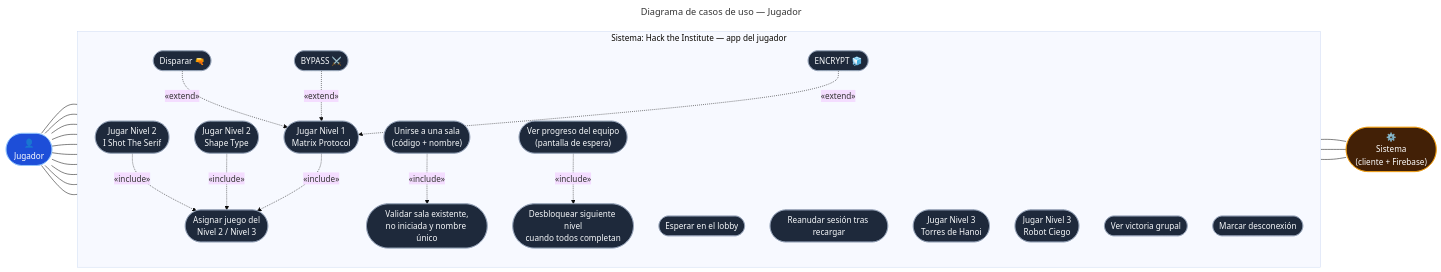
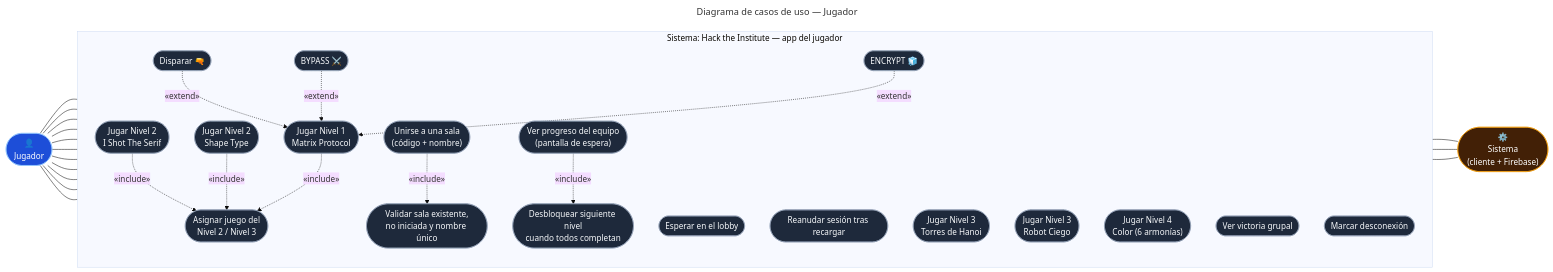
The diagram in docs/diagramas/fuentes/04a-casos-de-uso-jugador.mmd (morphine75/escape_room), drawn with Mermaid (base theme) before and after one commit. The commit also changed 22 other files, not shown here.

First line of the commit message:
Add Level 4 'Color' (graphic design colour matching)

```diff
--- a/docs/diagramas/fuentes/04a-casos-de-uso-jugador.mmd
+++ b/docs/diagramas/fuentes/04a-casos-de-uso-jugador.mmd
@@ -1,45 +1,46 @@
 ---
 title: Diagrama de casos de uso — Jugador
 ---
 flowchart LR
   J(["👤<br/>Jugador"])
   SYS(["⚙️<br/>Sistema<br/>(cliente + Firebase)"])
 
   subgraph S["Sistema: Hack the Institute — app del jugador"]
     direction TB
     UC1(["Unirse a una sala<br/>(código + nombre)"])
     UC1a(["Validar sala existente,<br/>no iniciada y nombre único"])
     UC2(["Esperar en el lobby"])
     UC3(["Reanudar sesión tras recargar"])
     UC4(["Jugar Nivel 1<br/>Matrix Protocol"])
     UC4a(["Disparar 🔫"])
     UC4b(["BYPASS ⚔️"])
     UC4c(["ENCRYPT 🧊"])
     UC5(["Jugar Nivel 2<br/>I Shot The Serif"])
     UC6(["Jugar Nivel 2<br/>Shape Type"])
     UC12(["Jugar Nivel 3<br/>Torres de Hanoi"])
     UC13(["Jugar Nivel 3<br/>Robot Ciego"])
+    UC14(["Jugar Nivel 4<br/>Color (6 armonías)"])
     UC7(["Ver progreso del equipo<br/>(pantalla de espera)"])
     UC8(["Ver victoria grupal"])
     UC9(["Asignar juego del<br/>Nivel 2 / Nivel 3"])
     UC10(["Desbloquear siguiente nivel<br/>cuando todos completan"])
     UC11(["Marcar desconexión"])
   end
 
-  J --- UC1 & UC2 & UC3 & UC4 & UC5 & UC6 & UC12 & UC13 & UC7 & UC8
+  J --- UC1 & UC2 & UC3 & UC4 & UC5 & UC6 & UC12 & UC13 & UC14 & UC7 & UC8
   UC5 & UC6 -. "«include»" .-> UC9
   UC1 -. "«include»" .-> UC1a
   UC4a & UC4b & UC4c -. "«extend»" .-> UC4
   UC4 -. "«include»" .-> UC9
   UC9 --- SYS
   UC10 --- SYS
   UC11 --- SYS
   UC7 -. "«include»" .-> UC10
 
   classDef actor fill:#1d4ed8,stroke:#93c5fd,color:#fff
   classDef uc fill:#1e293b,stroke:#94a3b8,color:#f8fafc
   classDef sys fill:#422006,stroke:#f59e0b,color:#fff
-  class UC12,UC13 uc
+  class UC12,UC13,UC14 uc
   class J actor
   class SYS sys
   class UC1,UC1a,UC2,UC3,UC4,UC4a,UC4b,UC4c,UC5,UC6,UC7,UC8,UC9,UC10,UC11 uc
```
